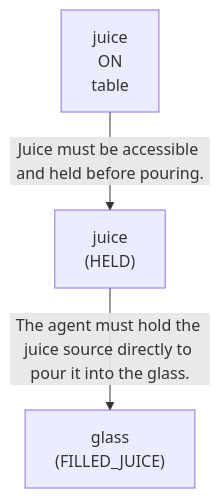
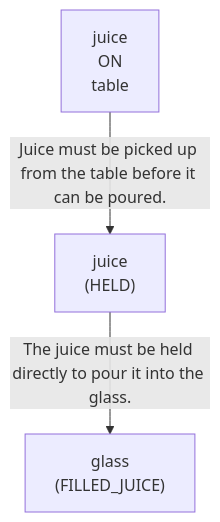
One commit to scuama/virtualhome changed the first of 4 diagrams in evaluation/results/table1/_raw/robostate/run_T1_DYN_M1_02_low.md. Above: the diagram before and after it, drawn with Mermaid. The commit also changed other lines of this file and 96 other files, not shown here.

````diff
--- a/evaluation/results/table1/_raw/robostate/run_T1_DYN_M1_02_low.md
+++ b/evaluation/results/table1/_raw/robostate/run_T1_DYN_M1_02_low.md
@@ -72,8 +72,8 @@
 ```mermaid
 graph TD
     N1["juice<br>ON<br>table"]
     N2["juice<br>(HELD)"]
     N3["glass<br>(FILLED_JUICE)"]
-    N1 -->|"Juice must be accessible and held before pouring."| N2
-    N2 -->|"The agent must hold the juice source directly to pour it into the glass."| N3
+    N1 -->|"Juice must be picked up from the table before it can be poured."| N2
+    N2 -->|"The juice must be held directly to pour it into the glass."| N3
 ```
````
